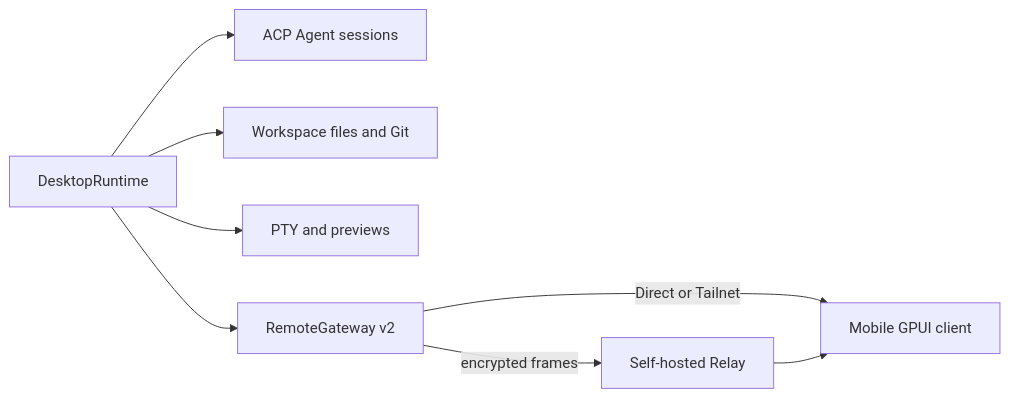
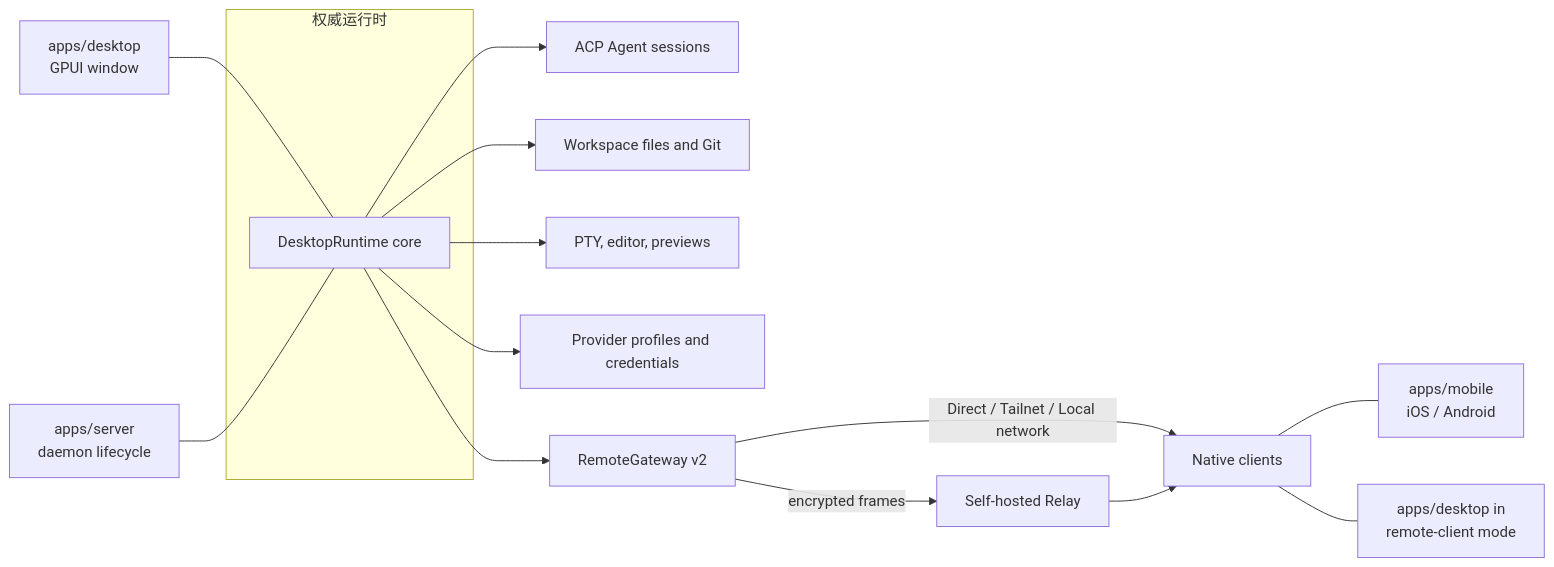
The diagram in developer/architecture.mdx (vibex-ai/vibex-docs), drawn with Mermaid before and after one commit. The commit also changed other lines of this file and 98 other files, not shown here.

````diff
--- a/developer/architecture.mdx
+++ b/developer/architecture.mdx
@@ -10,10 +10,18 @@
 ```mermaid
 flowchart LR
-  D[DesktopRuntime] --> A[ACP Agent sessions]
+  subgraph Authority[权威运行时]
+    D[DesktopRuntime core]
+  end
+  D --> A[ACP Agent sessions]
   D --> W[Workspace files and Git]
-  D --> T[PTY and previews]
+  D --> T[PTY, editor, previews]
+  D --> P[Provider profiles and credentials]
   D --> R[RemoteGateway v2]
-  R -->|Direct or Tailnet| M[Mobile GPUI client]
+  R -->|Direct / Tailnet / Local network| M[Native clients]
   R -->|encrypted frames| X[Self-hosted Relay]
   X --> M
+  DE[apps/desktop<br/>GPUI window] --- D
+  SV[apps/server<br/>daemon lifecycle] --- D
+  M --- MB[apps/mobile<br/>iOS / Android]
+  M --- DKT[apps/desktop in<br/>remote-client mode]
 ```
````
